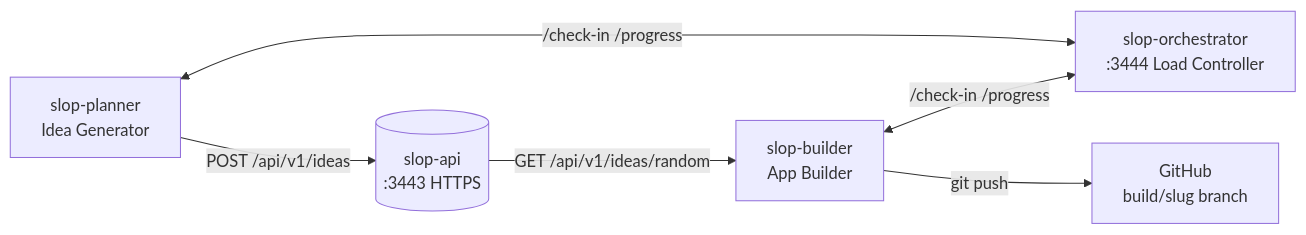
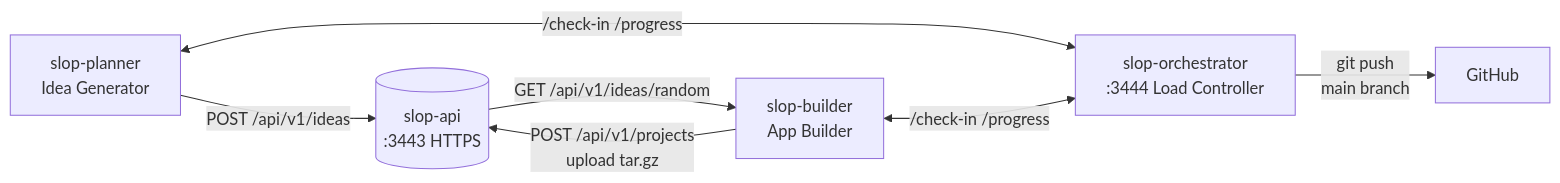
Before and after one commit to jtmb/slop-generator: the diagram in README.md, drawn with Mermaid. The commit also changed other lines of this file and 103 other files, not shown here.

First line of the commit message:
refactor: replace git sync with tar.gz upload mechanism

````diff
--- a/README.md
+++ b/README.md
@@ -16,8 +16,9 @@
 ```mermaid
 flowchart LR
     P[slop-planner<br/>Idea Generator] -->|POST /api/v1/ideas| A[(slop-api<br/>:3443 HTTPS)]
     A -->|GET /api/v1/ideas/random| B[slop-builder<br/>App Builder]
     P <-->|/check-in /progress| O[slop-orchestrator<br/>:3444 Load Controller]
     B <-->|/check-in /progress| O
-    B -->|git push| GH[GitHub<br/>build/slug branch]
+    B -->|POST /api/v1/projects<br/>upload tar.gz| A
+    O -->|git push<br/>main branch| GH[GitHub]
 ```
````
